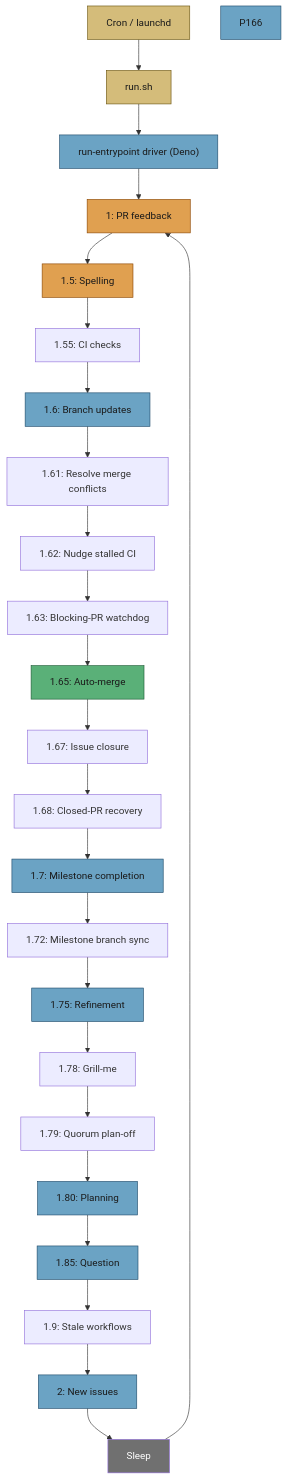
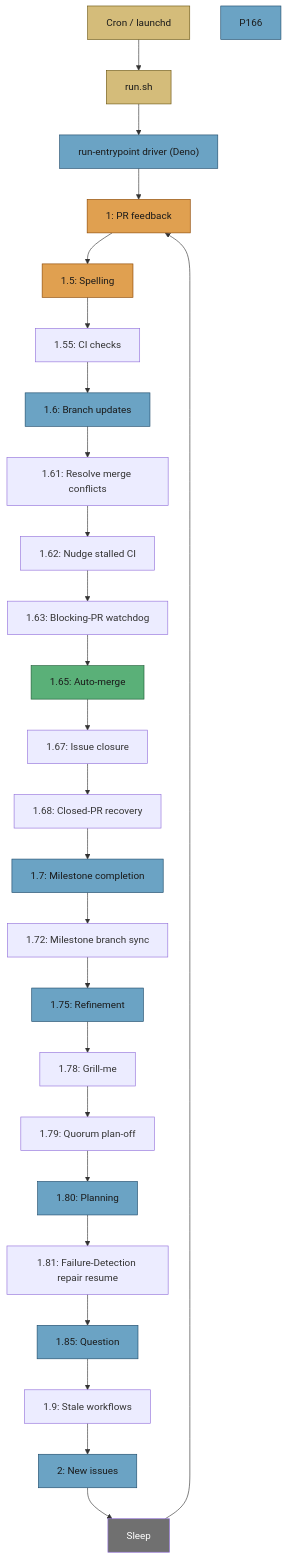
The second of 2 diagrams in docs/workflows/README.md (stSoftwareAU/VibeCoder), drawn with Mermaid before and after one commit. The commit also changed other lines of this file and 9 other files, not shown here.

First line of the commit message:
Add a Failure-Detection repair resume pass (Issue #60)

````diff
--- a/docs/workflows/README.md
+++ b/docs/workflows/README.md
@@ -137,40 +138,41 @@
 ```mermaid
 flowchart TD
   Cron["Cron / launchd"] --> Run["run.sh"]
   Run --> Core["run-entrypoint driver (Deno)"]
   Core --> P1["1: PR feedback"]
   P1 --> P15["1.5: Spelling"]
   P15 --> P155["1.55: CI checks"]
   P155 --> P16["1.6: Branch updates"]
   P16 --> P161["1.61: Resolve merge conflicts"]
   P161 --> P162["1.62: Nudge stalled CI"]
   P162 --> P163["1.63: Blocking-PR watchdog"]
   P163 --> P165["1.65: Auto-merge"]
   P165 --> P167["1.67: Issue closure"]
   P167 --> P168["1.68: Closed-PR recovery"]
   P168 --> P17["1.7: Milestone completion"]
   P17 --> P172["1.72: Milestone branch sync"]
   P172 --> P175["1.75: Refinement"]
   P175 --> P178["1.78: Grill-me"]
   P178 --> P179["1.79: Quorum plan-off"]
   P179 --> P18["1.80: Planning"]
-  P18 --> P185["1.85: Question"]
+  P18 --> P181["1.81: Failure-Detection repair resume"]
+  P181 --> P185["1.85: Question"]
   P185 --> P19["1.9: Stale workflows"]
   P19 --> P2["2: New issues"]
   P2 --> Sleep["Sleep"]
   Sleep --> P1
   style Cron fill:#d4bc7a,stroke:#6b5510,color:#1a1a1a
   style Run fill:#d4bc7a,stroke:#6b5510,color:#1a1a1a
   style Core fill:#6ba3c4,stroke:#1d4a6a,color:#1a1a1a
   style P1 fill:#e0a050,stroke:#8b4500,color:#1a1a1a
   style P15 fill:#e0a050,stroke:#8b4500,color:#1a1a1a
   style P16 fill:#6ba3c4,stroke:#1d4a6a,color:#1a1a1a
   style P165 fill:#5ab078,stroke:#1d5a35,color:#1a1a1a
   style P166 fill:#6ba3c4,stroke:#1d4a6a,color:#1a1a1a
   style P17 fill:#6ba3c4,stroke:#1d4a6a,color:#1a1a1a
   style P175 fill:#6ba3c4,stroke:#1d4a6a,color:#1a1a1a
   style P18 fill:#6ba3c4,stroke:#1d4a6a,color:#1a1a1a
   style P185 fill:#6ba3c4,stroke:#1d4a6a,color:#1a1a1a
   style P2 fill:#6ba3c4,stroke:#1d4a6a,color:#1a1a1a
   style Sleep fill:#707070,stroke:,color:#fff
 ```
````
